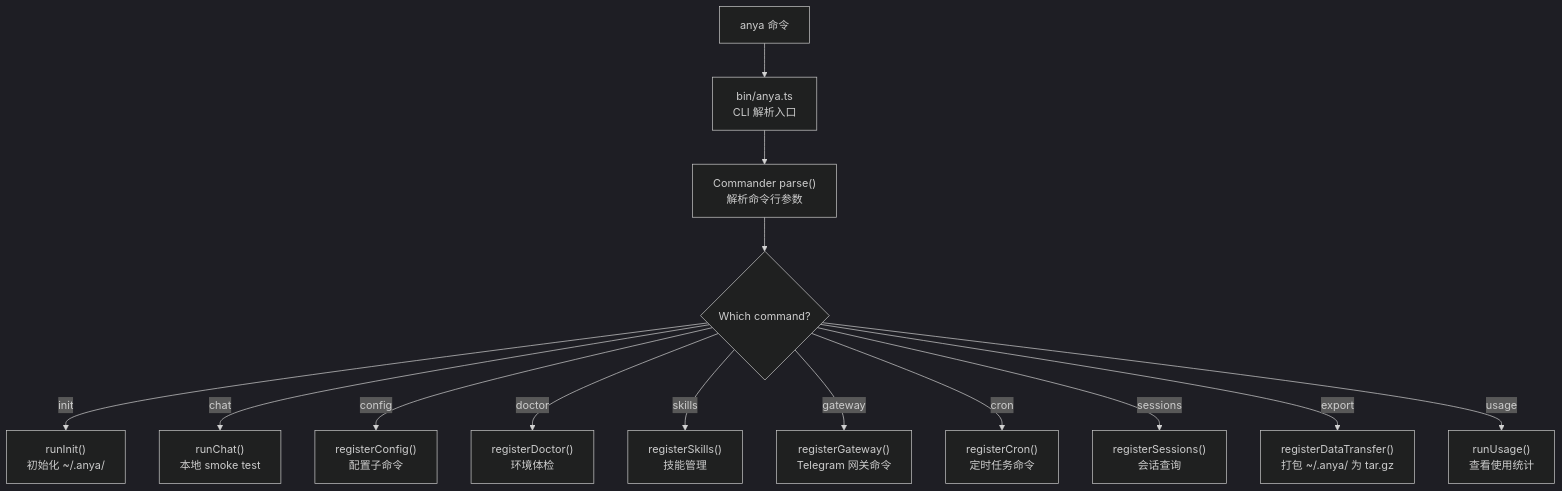
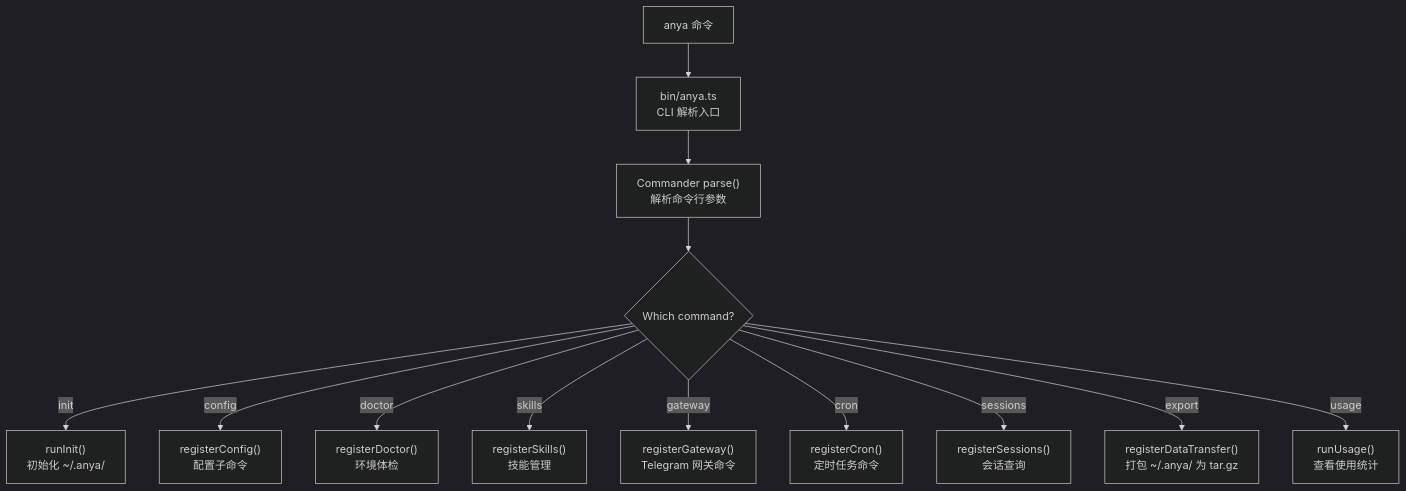
One commit to boltguo/anya changed the third of 13 diagrams in docs/architecture-diagrams.md. Above: the diagram before and after it, drawn with Mermaid (dark theme). The commit also changed other lines of this file and 48 other files, not shown here.

````diff
--- a/docs/architecture-diagrams.md
+++ b/docs/architecture-diagrams.md
@@ -130,17 +127,16 @@
 ```mermaid
 flowchart TD
   START["anya 命令"] --> BIN["bin/anya.ts\nCLI 解析入口"]
   BIN --> PARSE["Commander parse()\n解析命令行参数"]
   PARSE --> CMD{"Which command?"}
 
   CMD -->|init| INIT["runInit()\n初始化 ~/.anya/"]
-  CMD -->|chat| CHAT["runChat()\n本地 smoke test"]
   CMD -->|config| CONFIG["registerConfig()\n配置子命令"]
   CMD -->|doctor| DOCTOR["registerDoctor()\n环境体检"]
   CMD -->|skills| SKILLS["registerSkills()\n技能管理"]
   CMD -->|gateway| GATEWAY["registerGateway()\nTelegram 网关命令"]
   CMD -->|cron| CRON["registerCron()\n定时任务命令"]
   CMD -->|sessions| SESSIONS["registerSessions()\n会话查询"]
   CMD -->|export| EXPORT["registerDataTransfer()\n打包 ~/.anya/ 为 tar.gz"]
   CMD -->|usage| USAGE["runUsage()\n查看使用统计"]
 ```
````
